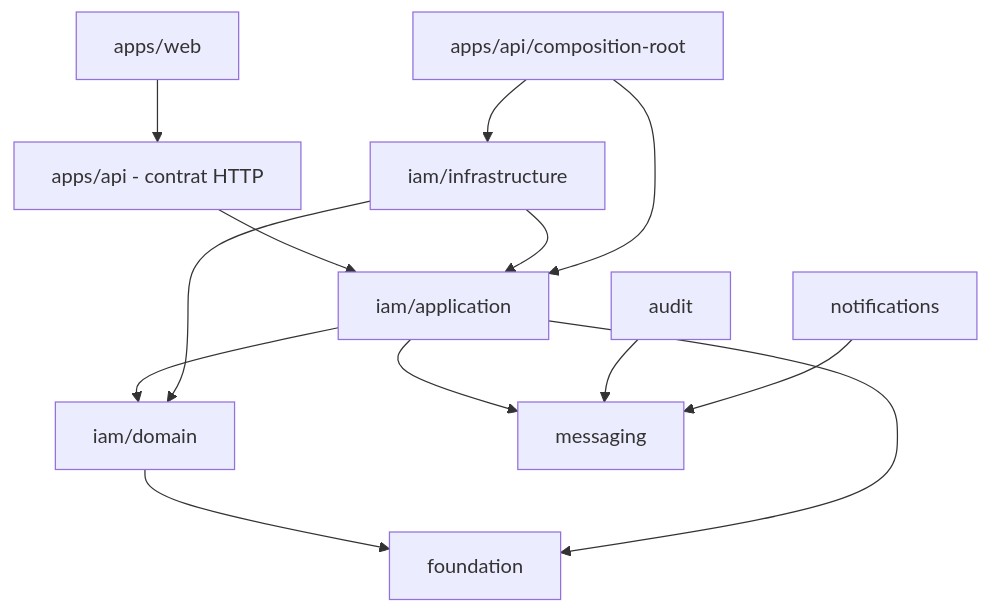
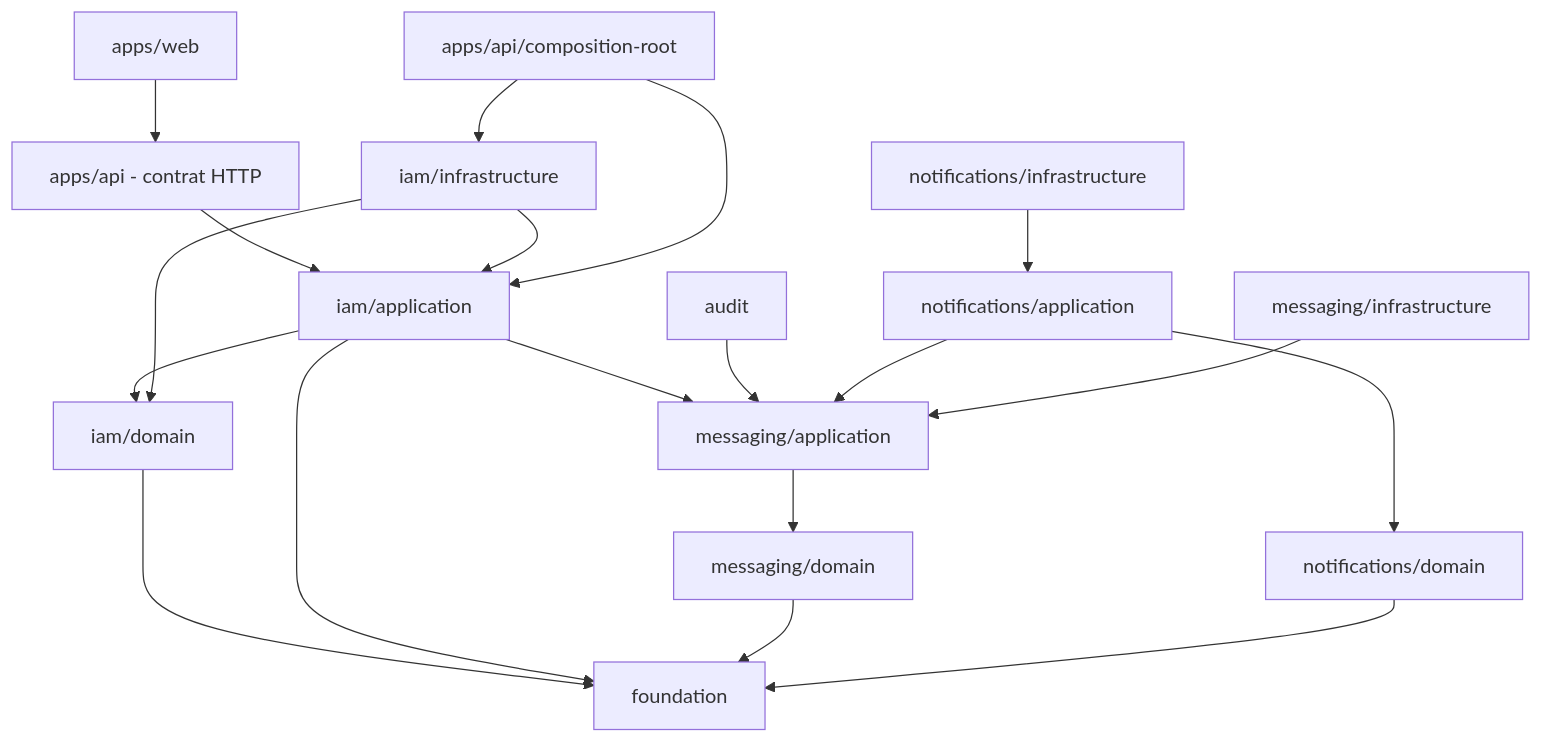
The diagram in docs/fr/architecture/dependency-rules.md (Oxelio/architecture-web), drawn with Mermaid before and after one commit. The commit also changed other lines of this file and 133 other files, not shown here.

````diff
--- a/docs/fr/architecture/dependency-rules.md
+++ b/docs/fr/architecture/dependency-rules.md
@@ -7,15 +7,21 @@
 ```mermaid
 flowchart TD
     Web[apps/web] --> HTTP[apps/api - contrat HTTP]
     HTTP --> App[iam/application]
     App --> Domain[iam/domain]
     Domain --> Foundation[foundation]
     App --> Foundation
-    App --> Messaging[messaging]
-    Audit[audit] --> Messaging
-    Notifications[notifications] --> Messaging
+    App --> MessagingApp[messaging/application]
+    MessagingApp --> MessagingDomain[messaging/domain]
+    MessagingDomain --> Foundation
+    Audit[audit] --> MessagingApp
+    NotificationsApp[notifications/application] --> NotificationsDomain[notifications/domain]
+    NotificationsApp --> MessagingApp
+    NotificationsDomain --> Foundation
     Infra[iam/infrastructure] --> App
     Infra --> Domain
+    MessagingInfra[messaging/infrastructure] --> MessagingApp
+    NotificationsInfra[notifications/infrastructure] --> NotificationsApp
     Composition[apps/api/composition-root] --> Infra
     Composition --> App
 ```
````
